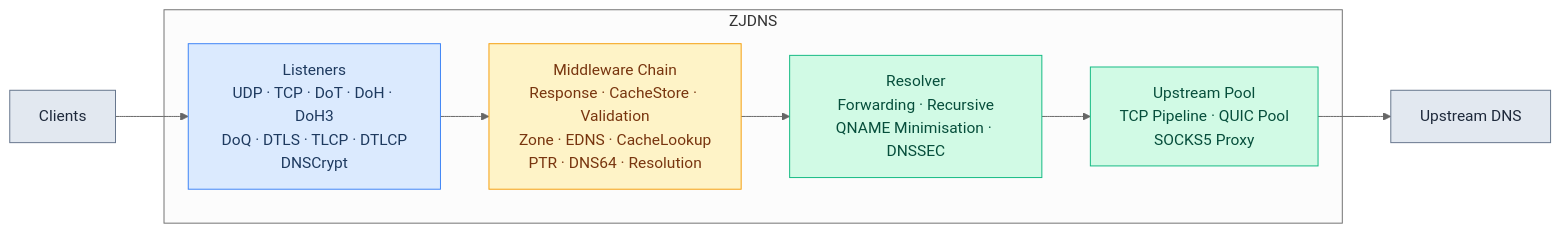
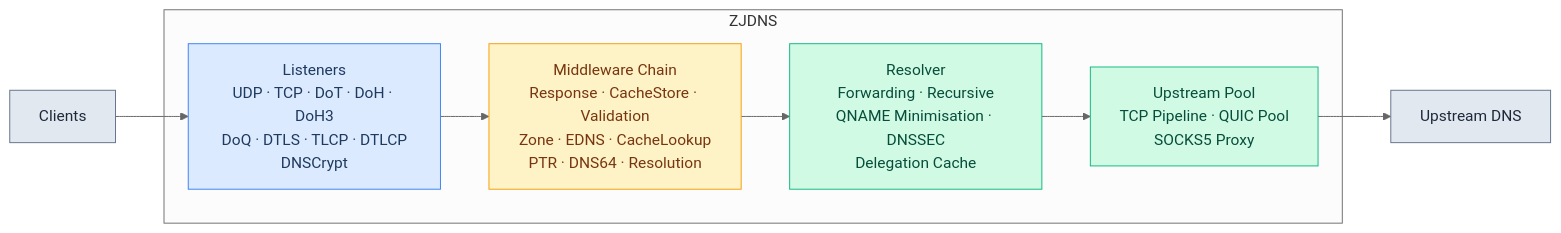
The first of 29 diagrams in docs/FLOWCHARTS.md (hezhijie0327/ZJDNS), drawn with Mermaid (neutral theme) before and after one commit. The commit also changed other lines of this file and 16 other files, not shown here.

First line of the commit message:
feat: recursive delegation cache — skip walked zones on subsequent queries (v3.11.18)

````diff
--- a/docs/FLOWCHARTS.md
+++ b/docs/FLOWCHARTS.md
@@ -5,18 +5,18 @@
 ```mermaid
 graph LR
     C[Clients] --> L
     subgraph ZJDNS
         L[Listeners<br/>UDP · TCP · DoT · DoH · DoH3<br/>DoQ · DTLS · TLCP · DTLCP<br/>DNSCrypt] --> MW[Middleware Chain<br/>Response · CacheStore · Validation<br/>Zone · EDNS · CacheLookup<br/>PTR · DNS64 · Resolution]
-        MW --> RES[Resolver<br/>Forwarding · Recursive<br/>QNAME Minimisation · DNSSEC]
+        MW --> RES[Resolver<br/>Forwarding · Recursive<br/>QNAME Minimisation · DNSSEC<br/>Delegation Cache]
         RES --> UP[Upstream Pool<br/>TCP Pipeline · QUIC Pool<br/>SOCKS5 Proxy]
     end
     UP --> U[Upstream DNS]
     classDef ext fill:#e2e8f0,stroke:#64748b,color:#1e293b
     classDef listen fill:#dbeafe,stroke:#3b82f6,color:#1e3a5f
     classDef proc fill:#fef3c7,stroke:#f59e0b,color:#78350f
     classDef resolve fill:#d1fae5,stroke:#10b981,color:#064e3b
     class C,U ext
     class L listen
     class MW proc
     class RES,UP resolve
 ```
````
